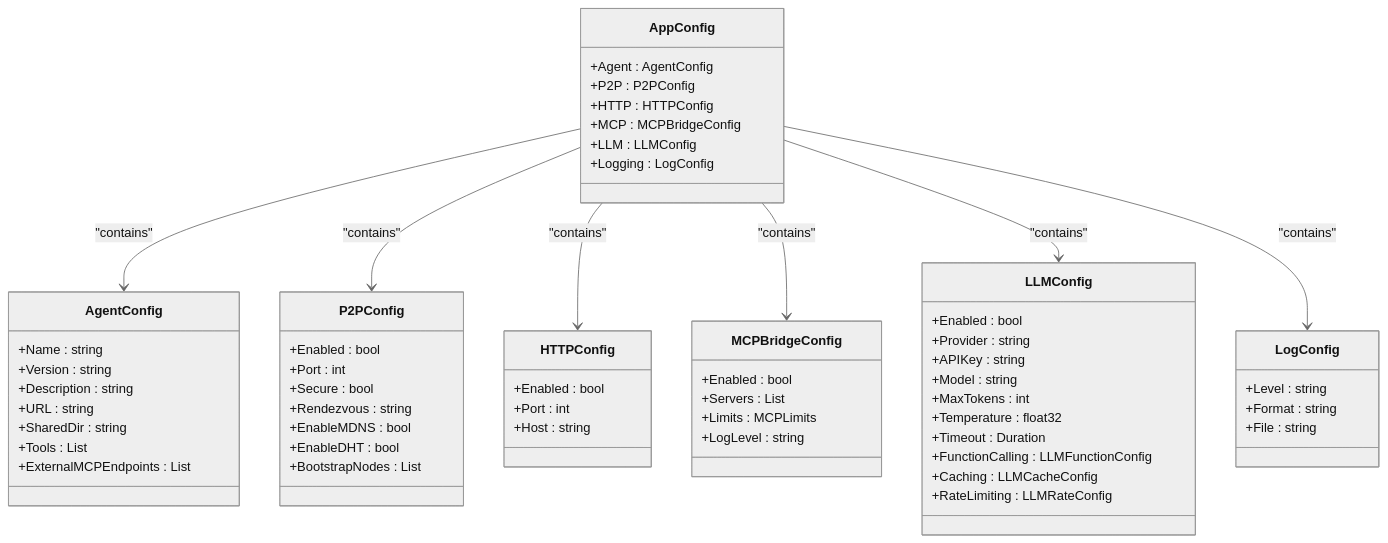
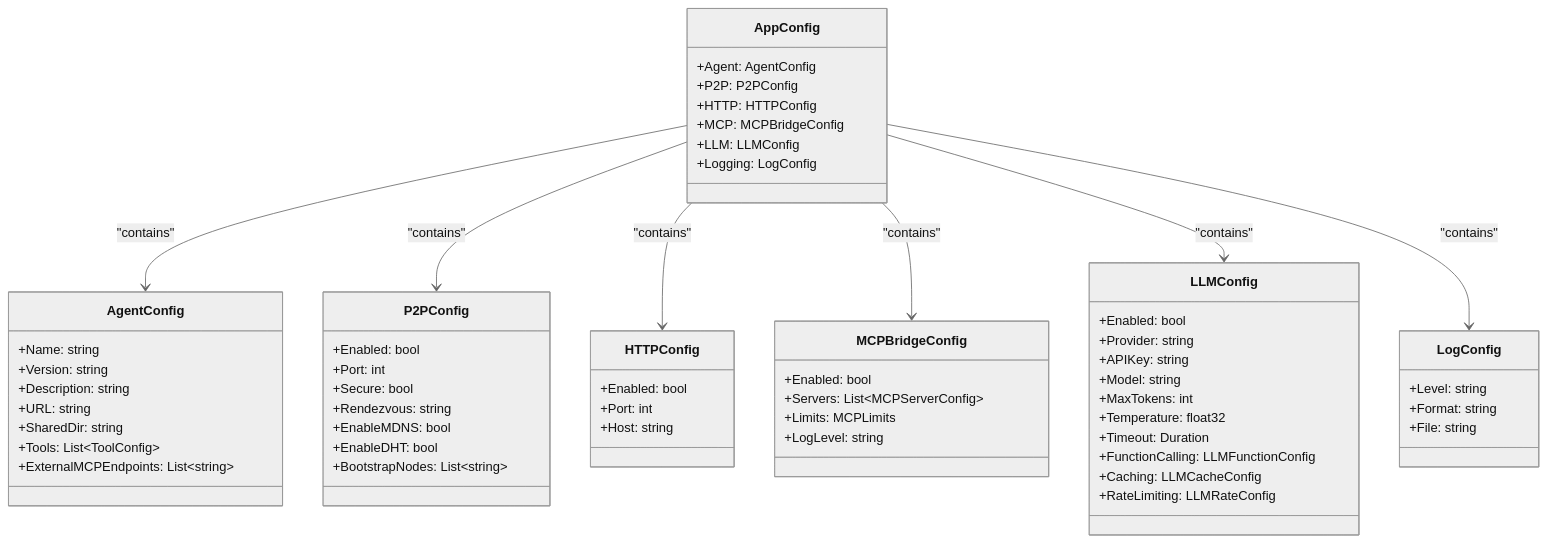
Before and after one commit to prxs-ai/praxis-go-sdk: the first of 5 diagrams in docs/Agent Configuration.md, drawn with Mermaid (neutral theme). The commit also changed other lines of this file and 33 other files, not shown here.

````diff
--- a/docs/Agent Configuration.md
+++ b/docs/Agent Configuration.md
@@ -22,63 +22,63 @@
 ```mermaid
 classDiagram
 class AppConfig {
-+Agent : AgentConfig
-+P2P : P2PConfig
-+HTTP : HTTPConfig
-+MCP : MCPBridgeConfig
-+LLM : LLMConfig
-+Logging : LogConfig
++Agent: AgentConfig
++P2P: P2PConfig
++HTTP: HTTPConfig
++MCP: MCPBridgeConfig
++LLM: LLMConfig
++Logging: LogConfig
 }
 class AgentConfig {
-+Name : string
-+Version : string
-+Description : string
-+URL : string
-+SharedDir : string
-+Tools : List<ToolConfig>
-+ExternalMCPEndpoints : List<string>
++Name: string
++Version: string
++Description: string
++URL: string
++SharedDir: string
++Tools: List~ToolConfig~
++ExternalMCPEndpoints: List~string~
 }
 class P2PConfig {
-+Enabled : bool
-+Port : int
-+Secure : bool
-+Rendezvous : string
-+EnableMDNS : bool
-+EnableDHT : bool
-+BootstrapNodes : List<string>
++Enabled: bool
++Port: int
++Secure: bool
++Rendezvous: string
++EnableMDNS: bool
++EnableDHT: bool
++BootstrapNodes: List~string~
 }
 class HTTPConfig {
-+Enabled : bool
-+Port : int
-+Host : string
++Enabled: bool
++Port: int
++Host: string
 }
 class MCPBridgeConfig {
-+Enabled : bool
-+Servers : List<MCPServerConfig>
-+Limits : MCPLimits
-+LogLevel : string
++Enabled: bool
++Servers: List~MCPServerConfig~
++Limits: MCPLimits
++LogLevel: string
 }
 class LLMConfig {
-+Enabled : bool
-+Provider : string
-+APIKey : string
-+Model : string
-+MaxTokens : int
-+Temperature : float32
-+Timeout : Duration
-+FunctionCalling : LLMFunctionConfig
-+Caching : LLMCacheConfig
-+RateLimiting : LLMRateConfig
++Enabled: bool
++Provider: string
++APIKey: string
++Model: string
++MaxTokens: int
++Temperature: float32
++Timeout: Duration
++FunctionCalling: LLMFunctionConfig
++Caching: LLMCacheConfig
++RateLimiting: LLMRateConfig
 }
 class LogConfig {
-+Level : string
-+Format : string
-+File : string
++Level: string
++Format: string
++File: string
 }
-AppConfig --> AgentConfig : "contains"
-AppConfig --> P2PConfig : "contains"
-AppConfig --> HTTPConfig : "contains"
-AppConfig --> MCPBridgeConfig : "contains"
-AppConfig --> LLMConfig : "contains"
-AppConfig --> LogConfig : "contains"
+AppConfig --> AgentConfig: "contains"
+AppConfig --> P2PConfig: "contains"
+AppConfig --> HTTPConfig: "contains"
+AppConfig --> MCPBridgeConfig: "contains"
+AppConfig --> LLMConfig: "contains"
+AppConfig --> LogConfig: "contains"
 ```
````
